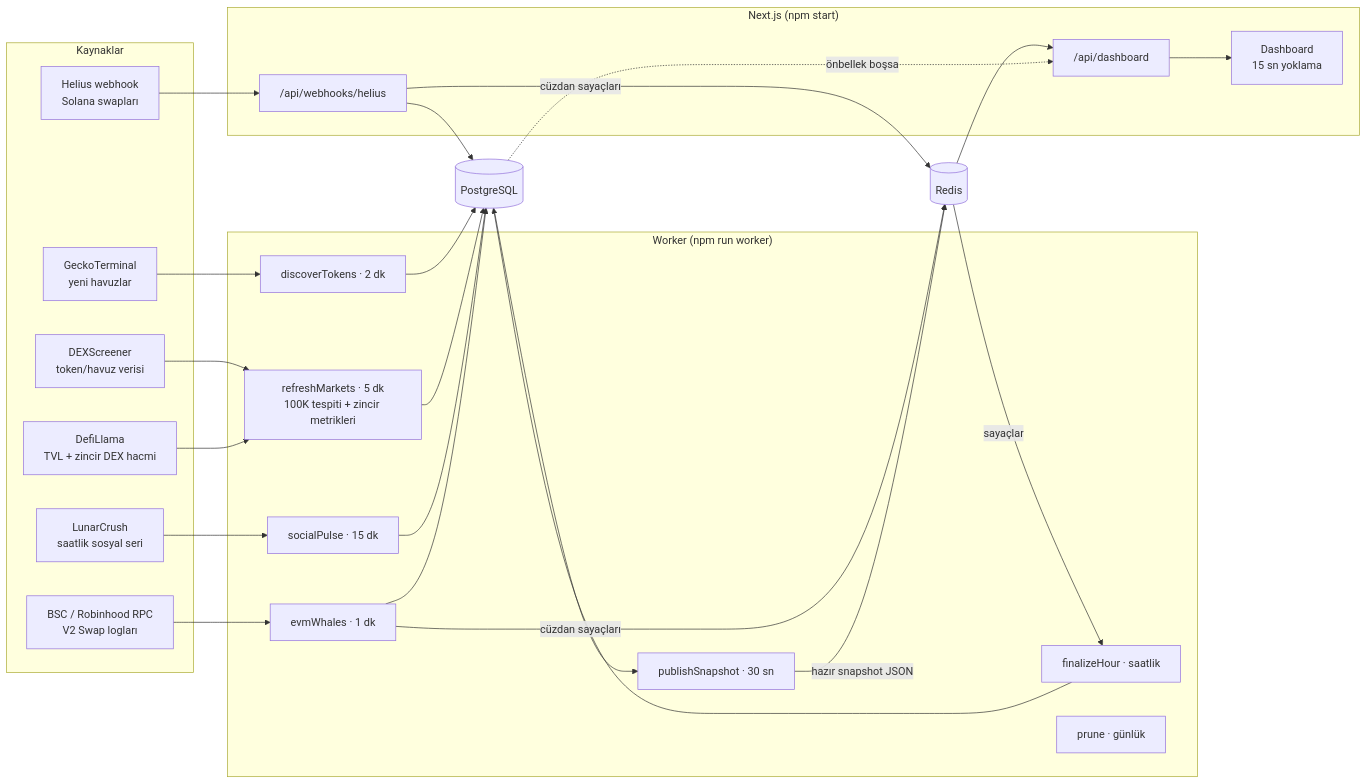
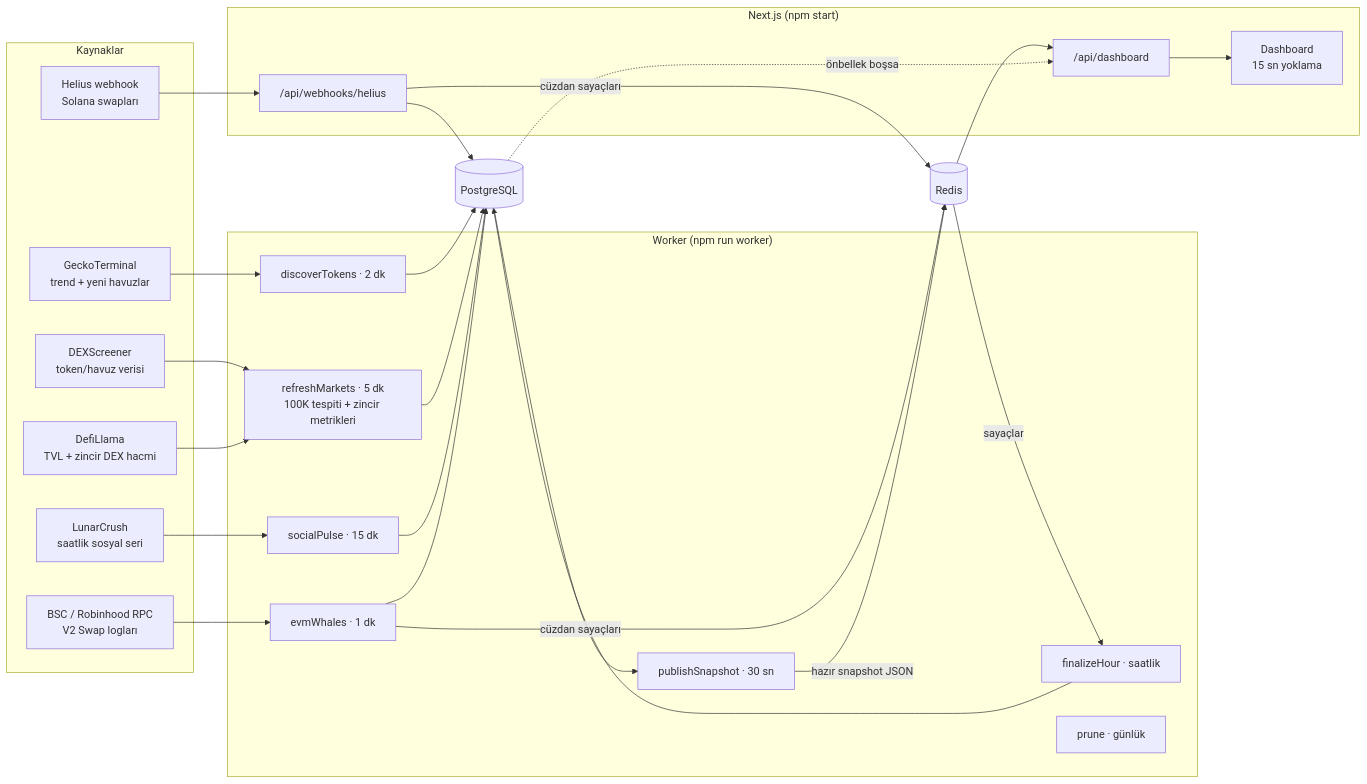
Before and after one commit to emir2200/claudedeneme: the diagram in docs/MIMARI.md, drawn with Mermaid. The commit also changed other lines of this file and 4 other files, not shown here.

````diff
--- a/docs/MIMARI.md
+++ b/docs/MIMARI.md
@@ -9,45 +9,45 @@
 ```mermaid
 flowchart LR
   subgraph Kaynaklar
-    GT[GeckoTerminal<br/>yeni havuzlar]
+    GT[GeckoTerminal<br/>trend + yeni havuzlar]
     DS[DEXScreener<br/>token/havuz verisi]
     DL[DefiLlama<br/>TVL + zincir DEX hacmi]
     LC[LunarCrush<br/>saatlik sosyal seri]
     HE[Helius webhook<br/>Solana swapları]
     RPC[BSC / Robinhood RPC<br/>V2 Swap logları]
   end
 
   subgraph Worker["Worker (npm run worker)"]
     J1[discoverTokens · 2 dk]
     J2[refreshMarkets · 5 dk<br/>100K tespiti + zincir metrikleri]
     J3[evmWhales · 1 dk]
     J4[socialPulse · 15 dk]
     J5[finalizeHour · saatlik]
     J6[publishSnapshot · 30 sn]
     J7[prune · günlük]
   end
 
   subgraph Web["Next.js (npm start)"]
     API["/api/dashboard"]
     WH["/api/webhooks/helius"]
     UI[Dashboard<br/>15 sn yoklama]
   end
 
   PG[(PostgreSQL)]
   RD[(Redis)]
 
   GT --> J1 --> PG
   DS --> J2 --> PG
   DL --> J2
   LC --> J4 --> PG
   RPC --> J3
   J3 --> PG
   J3 -- cüzdan sayaçları --> RD
   HE --> WH
   WH --> PG
   WH -- cüzdan sayaçları --> RD
   RD -- sayaçlar --> J5 --> PG
   PG --> J6 -- hazır snapshot JSON --> RD
   RD --> API --> UI
   PG -. önbellek boşsa .-> API
 ```
````
